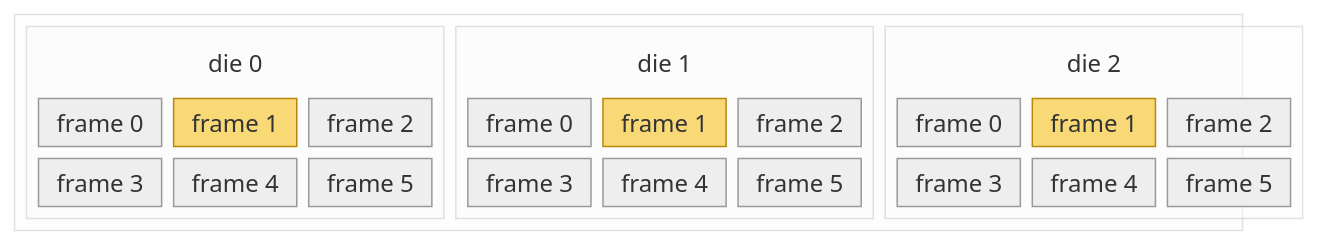
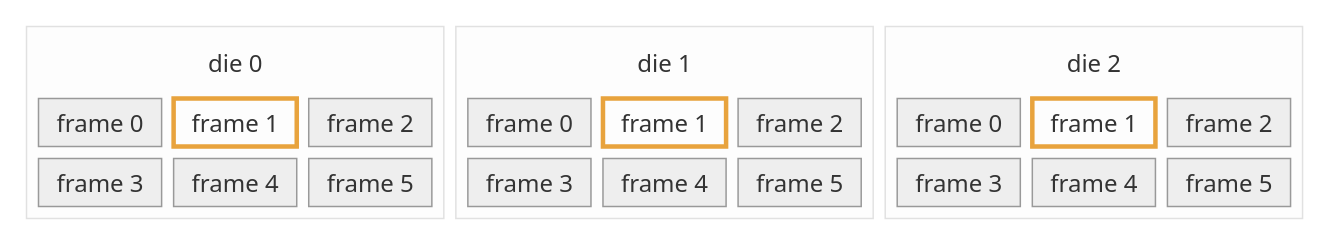
Before and after one commit to erancha/algorithm-controller: the second of 2 diagrams in README.md, drawn with Mermaid (neutral theme). The commit also changed other lines of this file, not shown here.

````diff
--- a/README.md
+++ b/README.md
@@ -209,29 +220,31 @@
 ```mermaid
 block-beta
     columns 1
     block:SLICE:1
         columns 3
         block:D0:1
             columns 3
             d0t["die 0"]:3
             d0f0["frame 0"] d0f1["frame 1"] d0f2["frame 2"]
             d0f3["frame 3"] d0f4["frame 4"] d0f5["frame 5"]
         end
         block:D1:1
             columns 3
             d1t["die 1"]:3
             d1f0["frame 0"] d1f1["frame 1"] d1f2["frame 2"]
             d1f3["frame 3"] d1f4["frame 4"] d1f5["frame 5"]
         end
         block:D2:1
             columns 3
             d2t["die 2"]:3
             d2f0["frame 0"] d2f1["frame 1"] d2f2["frame 2"]
             d2f3["frame 3"] d2f4["frame 4"] d2f5["frame 5"]
         end
     end
-    classDef pos fill:#f9d976,stroke:#b8860b,color:#000
+    classDef pos fill:transparent,stroke:#e8a33d,stroke-width:3px
     classDef caption fill:transparent,stroke:transparent
+    classDef slice fill:transparent,stroke:transparent
     class d0f1,d1f1,d2f1 pos
     class d0t,d1t,d2t caption
+    class SLICE slice
 ```
````
